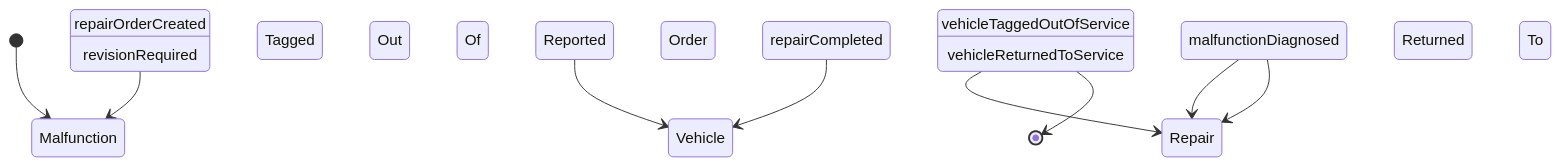
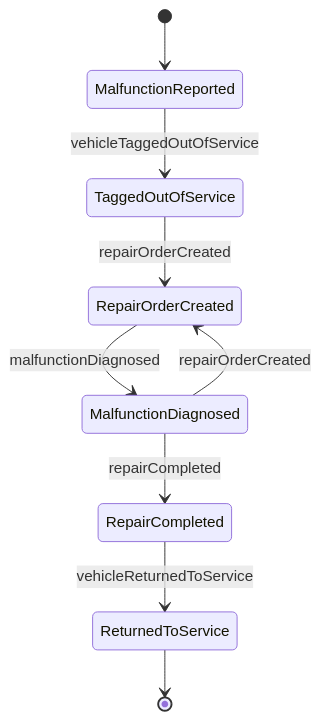
Before and after one commit to dot-org-ai/tasks.org.ai: the second of 4 diagrams in CommunicatingWithSupervisorsPeersOrSubordinates/NotifyOthersOfEmergenciesOrProblems/ReportVehicleEquipmentMalfunctions.mdx, drawn with Mermaid. The commit also changed other lines of this file and 515 other files, not shown here.

````diff
--- a/CommunicatingWithSupervisorsPeersOrSubordinates/NotifyOthersOfEmergenciesOrProblems/ReportVehicleEquipmentMalfunctions.mdx
+++ b/CommunicatingWithSupervisorsPeersOrSubordinates/NotifyOthersOfEmergenciesOrProblems/ReportVehicleEquipmentMalfunctions.mdx
@@ -96,11 +96,11 @@
 ```mermaid
 stateDiagram-v2
-    [*] --> Malfunction Reported
-    Malfunction Reported --> Vehicle Tagged Out Of Service : vehicleTaggedOutOfService
-    Vehicle Tagged Out Of Service --> Repair Order Created : repairOrderCreated
-    Repair Order Created --> Malfunction Diagnosed : malfunctionDiagnosed
-    Malfunction Diagnosed --> Repair Completed : repairCompleted
-    Repair Completed --> Vehicle Returned To Service : vehicleReturnedToService
-    Malfunction Diagnosed --> Repair Order Created : revisionRequired
-    Vehicle Returned To Service --> [*]
+    [*] --> MalfunctionReported
+    MalfunctionReported --> TaggedOutOfService : vehicleTaggedOutOfService
+    TaggedOutOfService --> RepairOrderCreated : repairOrderCreated
+    RepairOrderCreated --> MalfunctionDiagnosed : malfunctionDiagnosed
+    MalfunctionDiagnosed --> RepairCompleted : repairCompleted
+    RepairCompleted --> ReturnedToService : vehicleReturnedToService
+    MalfunctionDiagnosed --> RepairOrderCreated : repairOrderCreated
+    ReturnedToService --> [*]
 ```
````
